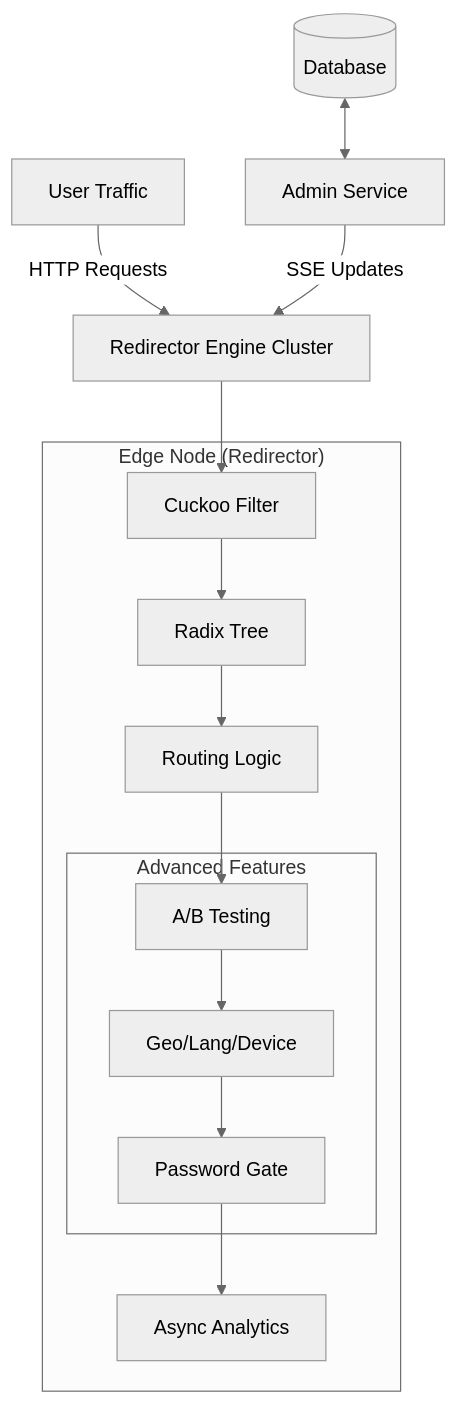
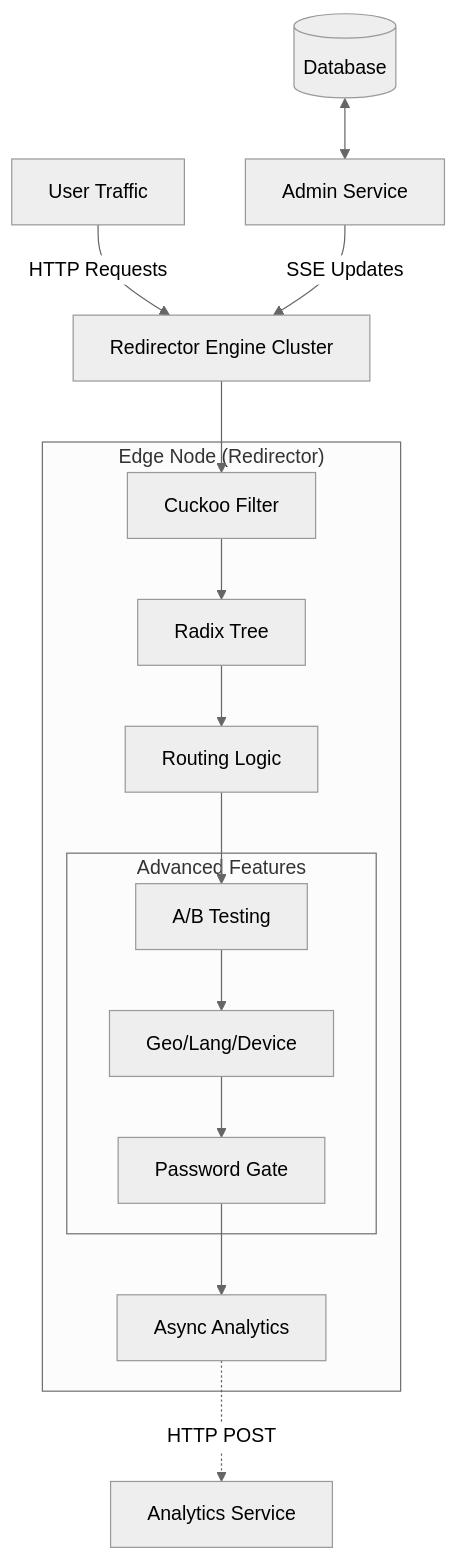
The diagram in redir-engine/unified_architecture.md (MikBin/url-redir-short), drawn with Mermaid (neutral theme) before and after one commit. The commit also changed other lines of this file and 1 other file, not shown here.

First line of the commit message:
docs: update functional requirements and architecture for analytics

````diff
--- a/redir-engine/unified_architecture.md
+++ b/redir-engine/unified_architecture.md
@@ -12,28 +12,29 @@
 ```mermaid
 graph TD
     User[User Traffic] -->|HTTP Requests| Edge[Redirector Engine Cluster]
     Admin[Admin Service] -->|SSE Updates| Edge
     DB[(Database)] <--> Admin
 
     subgraph "Edge Node (Redirector)"
         CF[Cuckoo Filter]
         RT[Radix Tree]
         Routing[Routing Logic]
 
         subgraph "Advanced Features"
            AB[A/B Testing]
            Geo[Geo/Lang/Device]
            Auth[Password Gate]
         end
 
         Analytics[Async Analytics]
     end
 
     Edge --> CF
     CF --> RT
     RT --> Routing
     Routing --> AB
     AB --> Geo
     Geo --> Auth
     Auth --> Analytics
+    Analytics -.->|HTTP POST| AS[Analytics Service]
 ```
````
